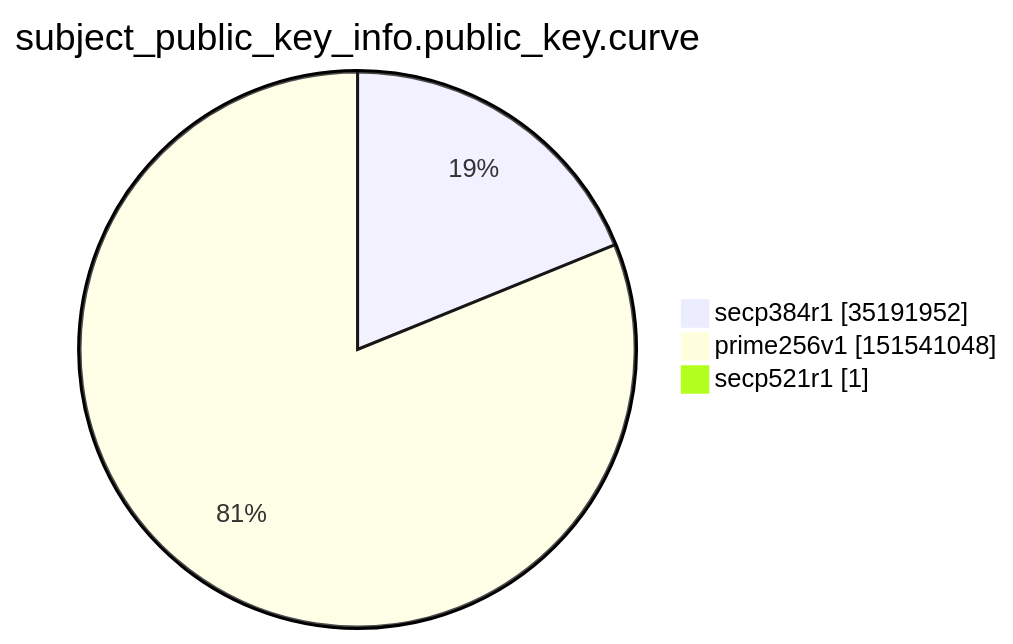
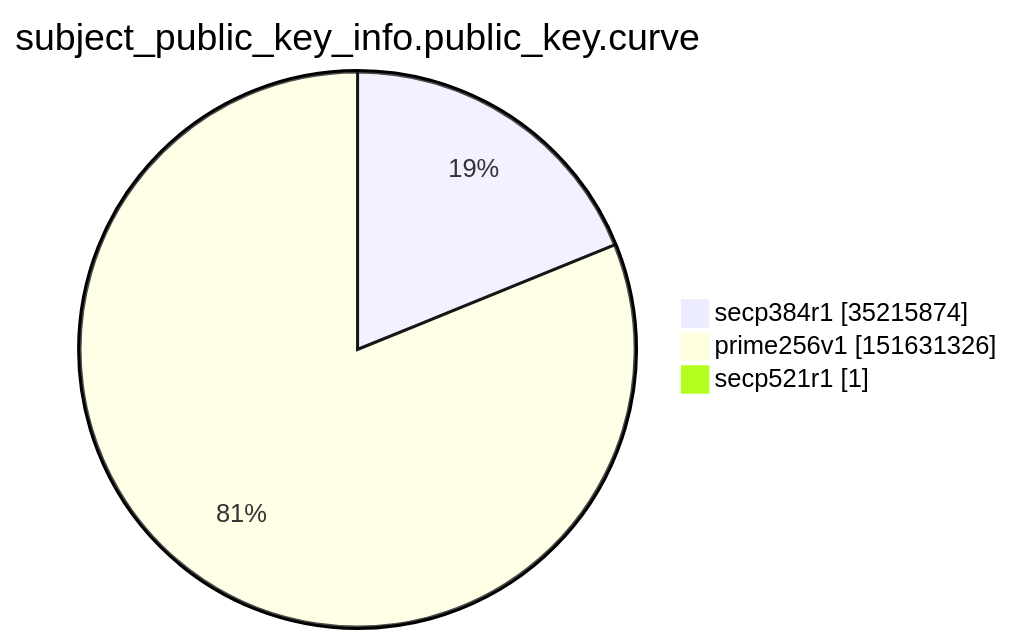
Before and after one commit to christiankrug/ctmonitor_visualization: the ninth of 15 diagrams in argon2022/README.md, drawn with Mermaid. The commit also changed other lines of this file, not shown here.

````diff
--- a/argon2022/README.md
+++ b/argon2022/README.md
@@ -2765,7 +2765,7 @@
 ```mermaid
 pie showData
 title subject_public_key_info.public_key.curve
-"secp384r1" :35191952
-"prime256v1" :151541048
+"secp384r1" :35215874
+"prime256v1" :151631326
 "secp521r1" :1
 ```
````
